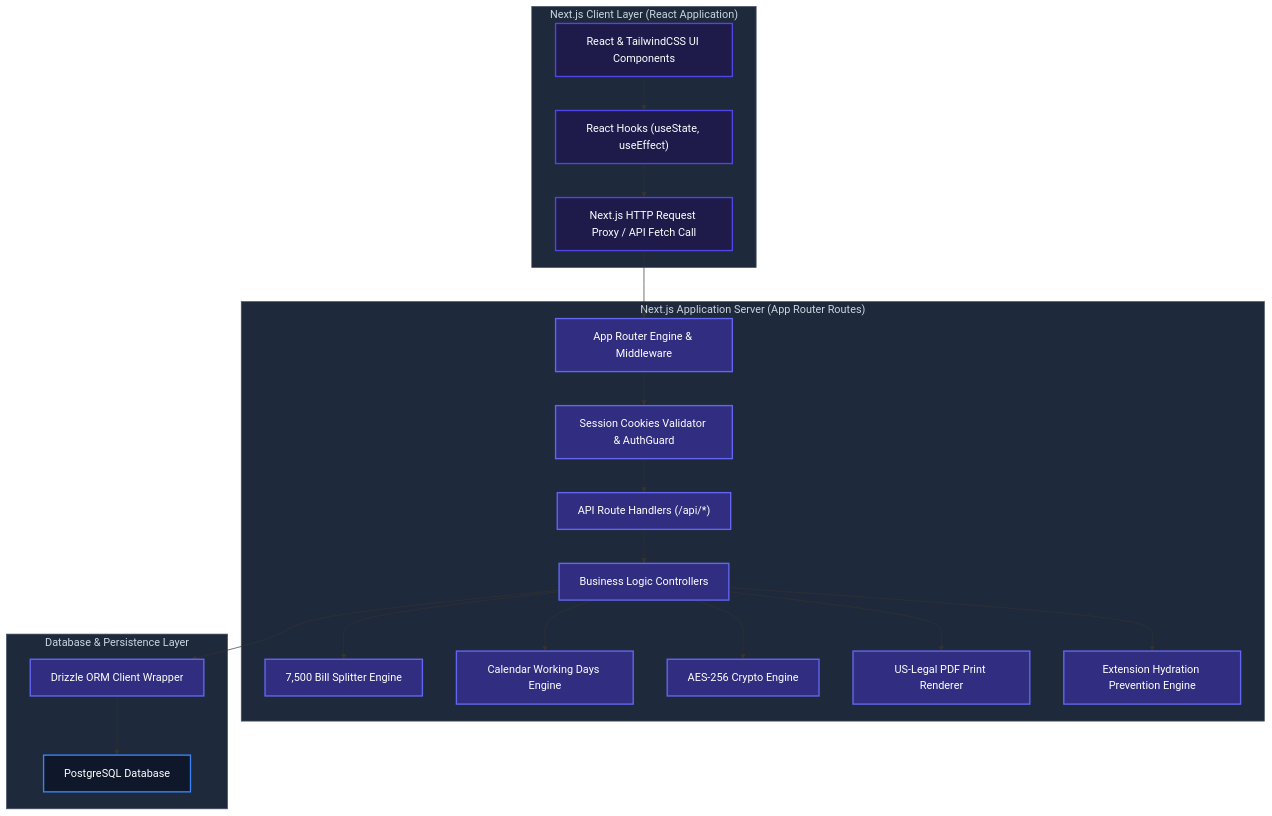
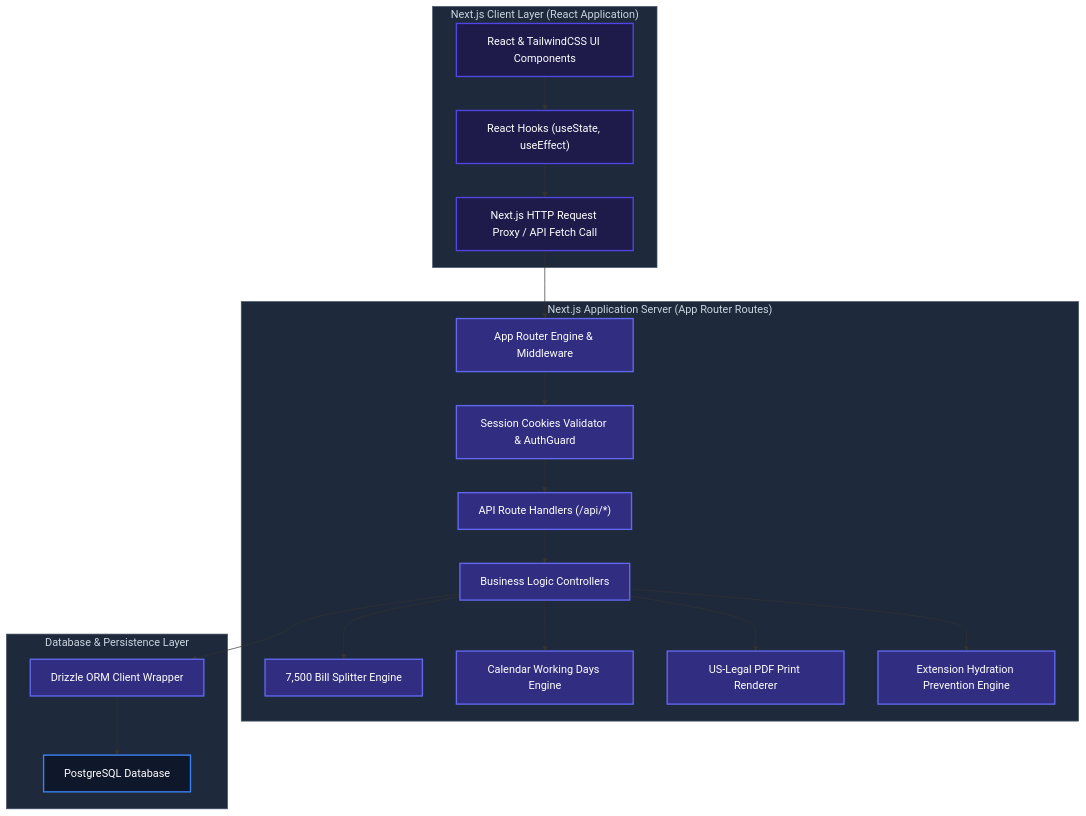
One commit to syedarifulislamemon2010/Late-Sitting-Holiday-Night-Duty changed the second of 3 diagrams in README.md. Above: the diagram before and after it, drawn with Mermaid. The commit also changed other lines of this file and 17 other files, not shown here.

````diff
--- a/README.md
+++ b/README.md
@@ -179,33 +146,32 @@
 ```mermaid
 graph TD
     classDef client fill:#1e1b4b,stroke:#4f46e5,stroke-width:2px,color:#fff;
     classDef server fill:#312e81,stroke:#6366f1,stroke-width:2px,color:#fff;
     classDef storage fill:#0f172a,stroke:#3b82f6,stroke-width:2px,color:#fff;
     classDef box fill:#1e293b,stroke:#475569,stroke-width:1px,color:#cbd5e1;
 
     subgraph Client["Next.js Client Layer (React Application)"]
         UI["React & TailwindCSS UI Components"]:::client --> State["React Hooks (useState, useEffect)"]:::client
         State --> Proxy["Next.js HTTP Request Proxy / API Fetch Call"]:::client
     end
 
     subgraph Server["Next.js Application Server (App Router Routes)"]
         Proxy --> Router["App Router Engine & Middleware"]:::server
         Router --> Auth["Session Cookies Validator & AuthGuard"]:::server
         Auth --> Endpoints["API Route Handlers (/api/*)"]:::server
         Endpoints --> BusinessLogic["Business Logic Controllers"]:::server
         
         %% Mechanisms
         BusinessLogic --> LimitSplitter["7,500 Bill Splitter Engine"]:::server
         BusinessLogic --> CalendarEngine["Calendar Working Days Engine"]:::server
-        BusinessLogic --> CryptoEngine["AES-256 Crypto Engine"]:::server
         BusinessLogic --> PrintStyles["US-Legal PDF Print Renderer"]:::server
         BusinessLogic --> ExtensionFix["Extension Hydration Prevention Engine"]:::server
     end
 
     subgraph Storage["Database & Persistence Layer"]
         BusinessLogic --> Drizzle["Drizzle ORM Client Wrapper"]:::server
         Drizzle --> NeonPostgreSQL["PostgreSQL Database"]:::storage
     end
 
     class Client,Server,Storage box;
 ```
````
